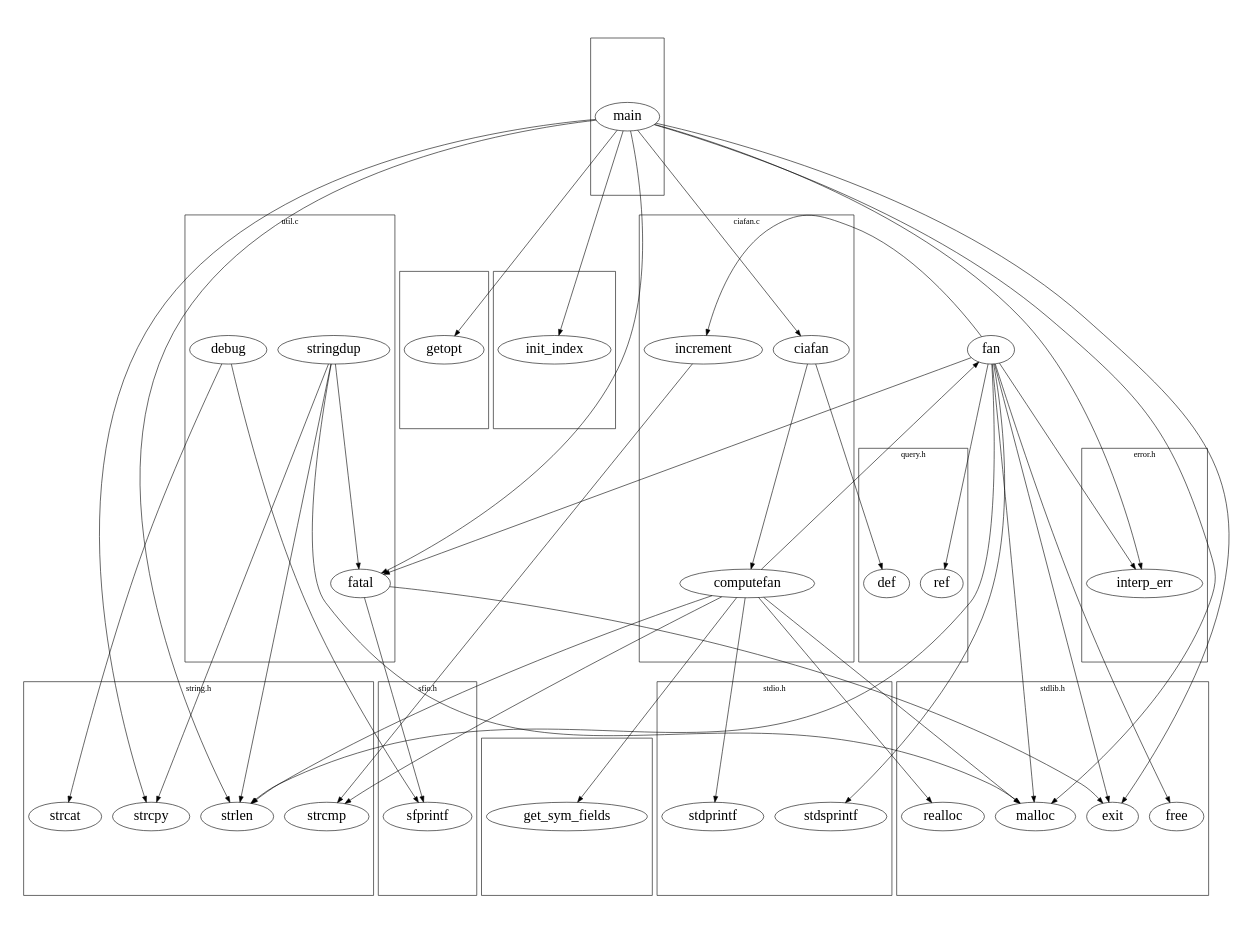
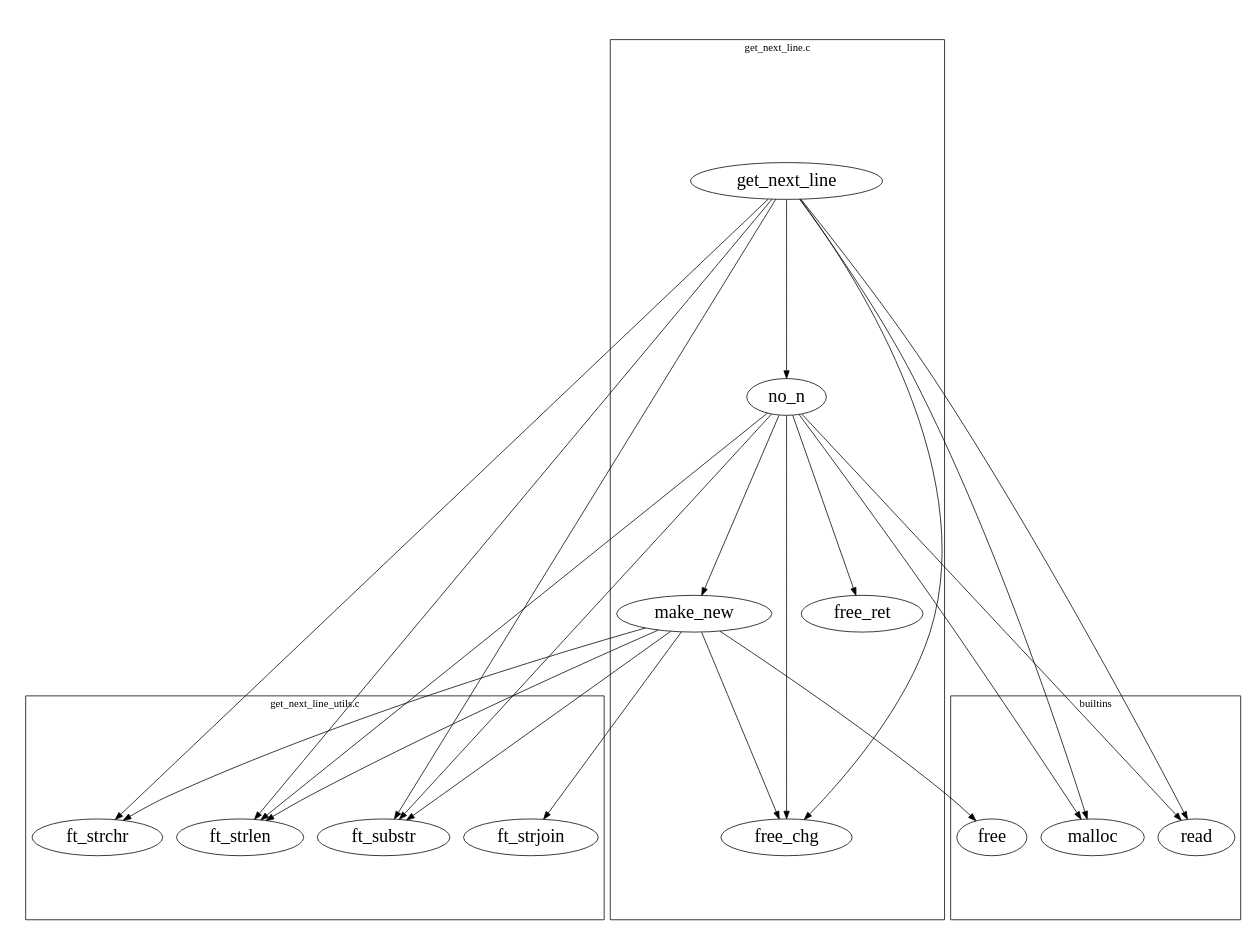
One commit to Grubben/get_next_line changed the diagram in plan.dot. Above: the diagram before and after it, drawn with Graphviz. The commit also changed 1 other file, not shown here.

```diff
--- a/plan.dot
+++ b/plan.dot
@@ -1,39 +1,21 @@
 digraph G {
 	size="8,6"; ratio=fill; node[fontsize=24];
 
-	ciafan->computefan; fan->increment; computefan->fan; stringdup->fatal;
-		 main->exit; main->interp_err; main->ciafan; main->fatal; main->malloc;
-			main->strcpy; main->getopt; main->init_index; main->strlen; fan->fatal;
-		 fan->ref; fan->interp_err; ciafan->def; fan->free; computefan->stdprintf;
-			computefan->get_sym_fields; fan->exit; fan->malloc; increment->strcmp;
-			 computefan->malloc; fan->stdsprintf; fan->strlen; computefan->strcmp;
-				computefan->realloc; computefan->strlen; debug->sfprintf; debug->strcat;
-			 stringdup->malloc; fatal->sfprintf; stringdup->strcpy; stringdup->strlen;
-				fatal->exit;
+	get_next_line->malloc; get_next_line->read; get_next_line->ft_strchr;
+	get_next_line->no_n; get_next_line->ft_substr; get_next_line->ft_strlen;
+	get_next_line->free_chg
 
-		subgraph "cluster_error.h" { label="error.h"; interp_err;	}
+	no_n->malloc; no_n->read; no_n->free_ret; no_n->ft_substr; no_n->ft_strlen;
+	no_n->free_chg; no_n->make_new;
 
-		subgraph "cluster_sfio.h" { label="sfio.h"; sfprintf;  }
+	make_new->ft_strchr; make_new->ft_substr; make_new->ft_strjoin; make_new->free_chg;
+	make_new->ft_strlen; make_new->free;
 
-		subgraph "cluster_ciafan.c" { label="ciafan.c"; ciafan; computefan;
-					increment; }
-
-		subgraph "cluster_util.c" { label="util.c"; stringdup; fatal; debug;  }
-
-						subgraph "cluster_query.h" { label="query.h"; ref; def;  }
-
-					 subgraph "cluster_field.h" { get_sym_fields;  }
-
-						subgraph "cluster_stdio.h" { label="stdio.h"; stdprintf; stdsprintf;	}
-
-						 subgraph "cluster_<libc.a>" { getopt;	}
-
-							subgraph "cluster_stdlib.h" { label="stdlib.h"; exit; malloc; free; realloc;	}
-
-						 subgraph "cluster_main.c" { main;	}
-
-							subgraph "cluster_index.h" { init_index;	}
-
-							 subgraph "cluster_string.h" { label="string.h"; strcpy; strlen; strcmp; strcat;	}
-							 
+	subgraph "cluster_get_next_line" { label="get_next_line.c"; free_ret; free_chg;
+										make_new; no_n; get_next_line; }
+	
+	subgraph "cluster_get_next_line_utils" { label="get_next_line_utils.c" ft_strlen; ft_strchr;
+											ft_substr; ft_strjoin;  }
+	
+	subgraph "cluster_builtins" { label="builtins" malloc; read; free; }
 }
```
